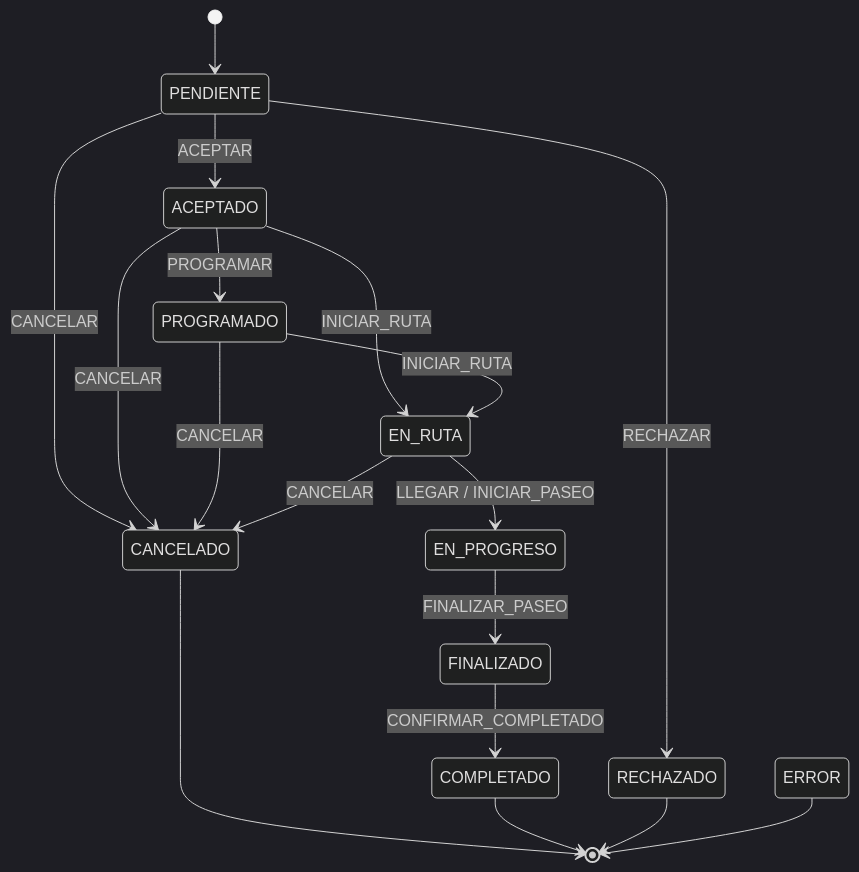
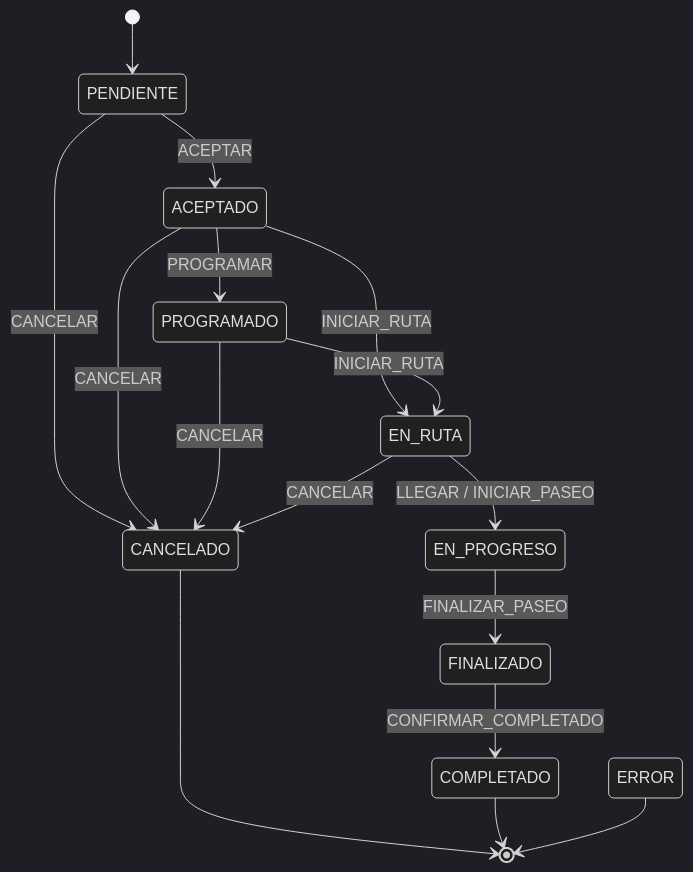
Before and after one commit to sagudelo1200/pet-pals: the diagram in docs/paseos/state-machine.md, drawn with Mermaid (dark theme). The commit also changed other lines of this file and 13 other files, not shown here.

Commit message:
Se elimina el estado RECHAZADO y ahora pasa a ser solo un evento

````diff
--- a/docs/paseos/state-machine.md
+++ b/docs/paseos/state-machine.md
@@ -37,26 +36,27 @@
 ```mermaid
 stateDiagram-v2
     [*] --> PENDIENTE
     PENDIENTE --> ACEPTADO: ACEPTAR
-    PENDIENTE --> RECHAZADO: RECHAZAR
+    %% RECHAZAR is an event and does not create a state transition
+    %% Represented here as an annotation instead of a transition
+    %% RECHAZAR: evento (no cambia estado) - se registra en historial
     PENDIENTE --> CANCELADO: CANCELAR
 
     ACEPTADO --> PROGRAMADO: PROGRAMAR
     ACEPTADO --> EN_RUTA: INICIAR_RUTA
     ACEPTADO --> CANCELADO: CANCELAR
 
     PROGRAMADO --> EN_RUTA: INICIAR_RUTA
     PROGRAMADO --> CANCELADO: CANCELAR
 
     EN_RUTA --> EN_PROGRESO: LLEGAR / INICIAR_PASEO
     EN_RUTA --> CANCELADO: CANCELAR
 
     EN_PROGRESO --> FINALIZADO: FINALIZAR_PASEO
 
     FINALIZADO --> COMPLETADO: CONFIRMAR_COMPLETADO
 
     CANCELADO --> [*]
     COMPLETADO --> [*]
-    RECHAZADO --> [*]
     ERROR --> [*]
 ```
````
